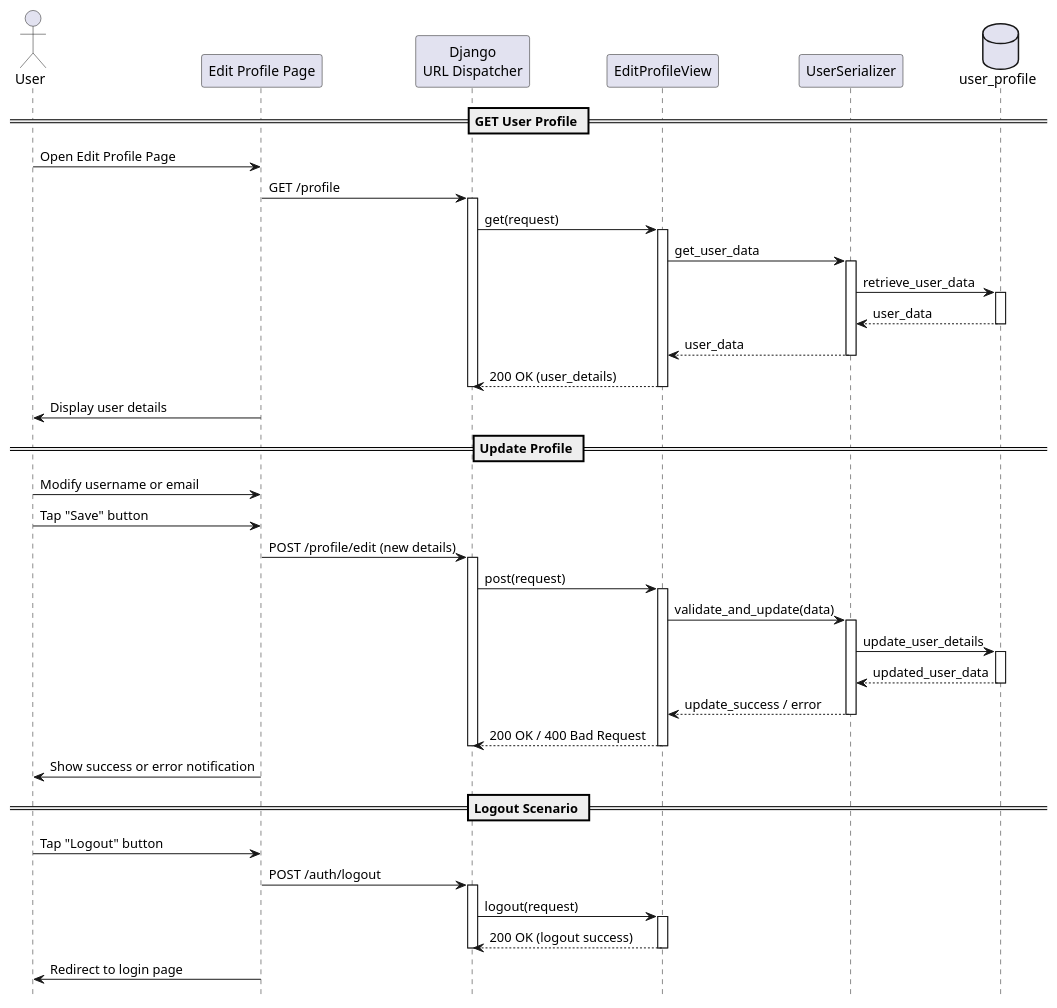
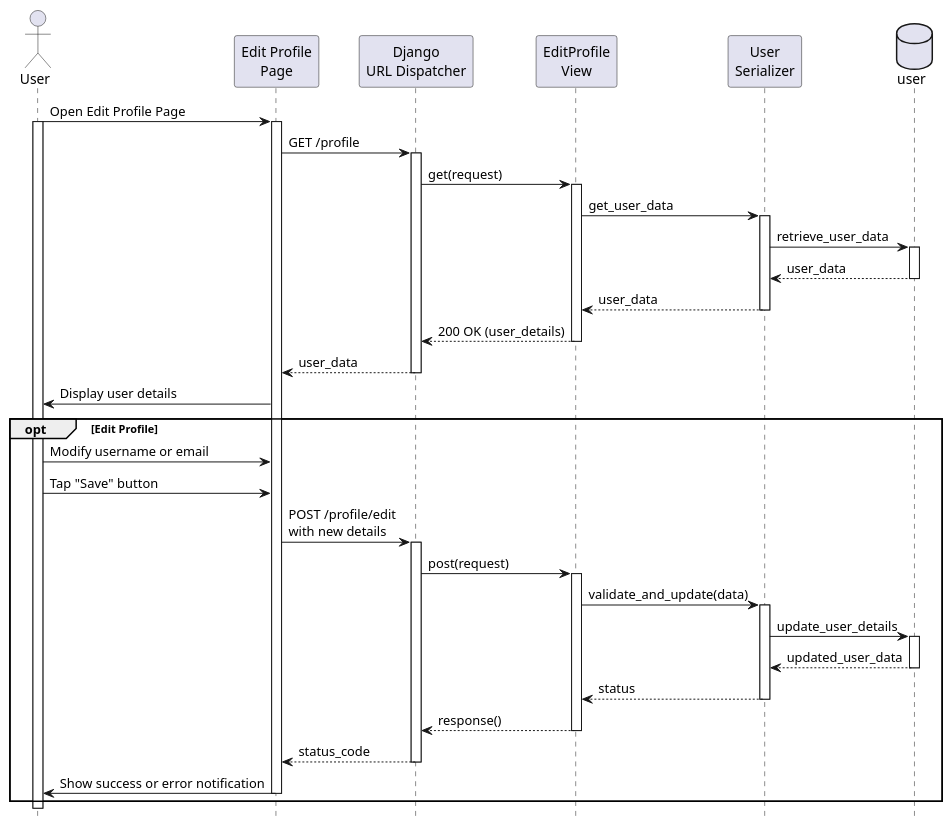
The diagram in account/edit_profile.puml (KMITL-BusBuddy/diagram), drawn with PlantUML before and after one commit. The commit also changed 8 other files, not shown here.

Commit message:
update latest diagram

```diff
--- a/account/edit_profile.puml
+++ b/account/edit_profile.puml
@@ -1,79 +1,110 @@
 @startuml profile
 
 hide footbox
 
 actor User
-participant "Edit Profile Page" as UI
+participant "Edit Profile\nPage" as UI
 participant "Django\nURL Dispatcher" as API
-participant "EditProfileView" as view_edit_profile
-participant "UserSerializer" as serializer_user
-database "user_profile" as table_users
+participant "EditProfile\nView" as view_edit_profile
+participant "User\nSerializer" as serializer_user
+database "user" as table_users
 
-== GET User Profile ==
 User -> UI: Open Edit Profile Page
+activate User
+activate UI
 UI -> API: GET /profile
 activate API
 
 API -> view_edit_profile: get(request)
 activate view_edit_profile
 
 view_edit_profile -> serializer_user: get_user_data
 activate serializer_user
 
 serializer_user -> table_users: retrieve_user_data
 activate table_users
 
 table_users --> serializer_user: user_data
 deactivate table_users
 
 serializer_user --> view_edit_profile: user_data
 deactivate serializer_user
 
 view_edit_profile --> API: 200 OK (user_details)
 deactivate view_edit_profile
+API --> UI: user_data
 deactivate API
-
 UI -> User: Display user details
 
-== Update Profile ==
-User -> UI: Modify username or email
-User -> UI: Tap "Save" button
-UI -> API: POST /profile/edit (new details)
-activate API
+opt Edit Profile
+    User -> UI: Modify username or email
+    User -> UI: Tap "Save" button
+    UI -> API: POST /profile/edit \nwith new details
+    activate API
 
-API -> view_edit_profile: post(request)
-activate view_edit_profile
+    API -> view_edit_profile: post(request)
+    activate view_edit_profile
 
-view_edit_profile -> serializer_user: validate_and_update(data)
-activate serializer_user
+    view_edit_profile -> serializer_user: validate_and_update(data)
+    activate serializer_user
 
-serializer_user -> table_users: update_user_details
-activate table_users
+    serializer_user -> table_users: update_user_details
+    activate table_users
 
-table_users --> serializer_user: updated_user_data
-deactivate table_users
+    table_users --> serializer_user: updated_user_data
+    deactivate table_users
 
-serializer_user --> view_edit_profile: update_success / error
-deactivate serializer_user
+    serializer_user --> view_edit_profile: status
+    deactivate serializer_user
 
-view_edit_profile --> API: 200 OK / 400 Bad Request
-deactivate view_edit_profile
-deactivate API
+    view_edit_profile --> API: response()
+    deactivate view_edit_profile
 
-UI -> User: Show success or error notification
+    API --> UI: status_code
+    deactivate API
+    UI -> User: Show success or error notification
+    deactivate UI
+end
 
-== Logout Scenario ==
-User -> UI: Tap "Logout" button
-UI -> API: POST /auth/logout
-activate API
+deactivate User
+' User -> UI: Modify username or email
+' User -> UI: Tap "Save" button
+' UI -> API: POST /profile/edit (new details)
+' activate API
 
-API -> view_edit_profile: logout(request)
-activate view_edit_profile
+' API -> view_edit_profile: post(request)
+' activate view_edit_profile
 
-view_edit_profile --> API: 200 OK (logout success)
-deactivate view_edit_profile
-deactivate API
+' view_edit_profile -> serializer_user: validate_and_update(data)
+' activate serializer_user
 
-UI -> User: Redirect to login page
+' serializer_user -> table_users: update_user_details
+' activate table_users
+
+' table_users --> serializer_user: updated_user_data
+' deactivate table_users
+
+' serializer_user --> view_edit_profile: update_success / error
+' deactivate serializer_user
+
+' view_edit_profile --> API: 200 OK / 400 Bad Request
+' deactivate view_edit_profile
+' deactivate API
+
+' UI -> User: Show success or error notification
+
+' == Logout Scenario ==
+' User -> UI: Tap "Logout" button
+' UI -> API: POST /auth/logout
+' activate API
+
+' API -> view_edit_profile: logout(request)
+' activate view_edit_profile
+
+' view_edit_profile --> API: 200 OK (logout success)
+' deactivate view_edit_profile
+' deactivate API
+
+' UI -> User: Redirect to login page
 
 @enduml
```
